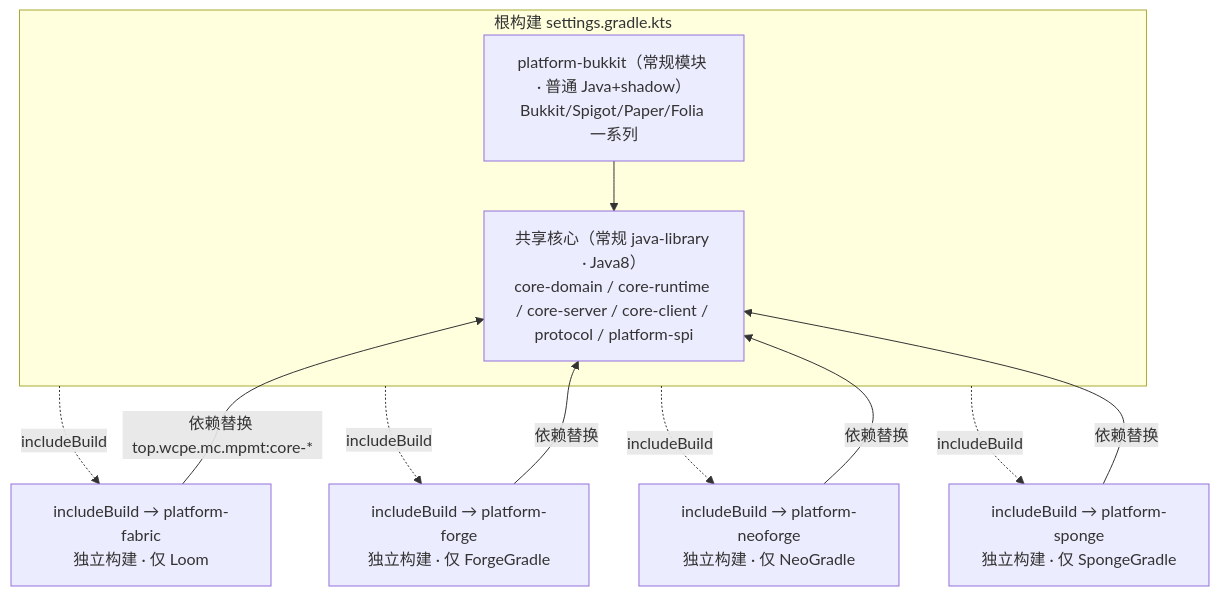
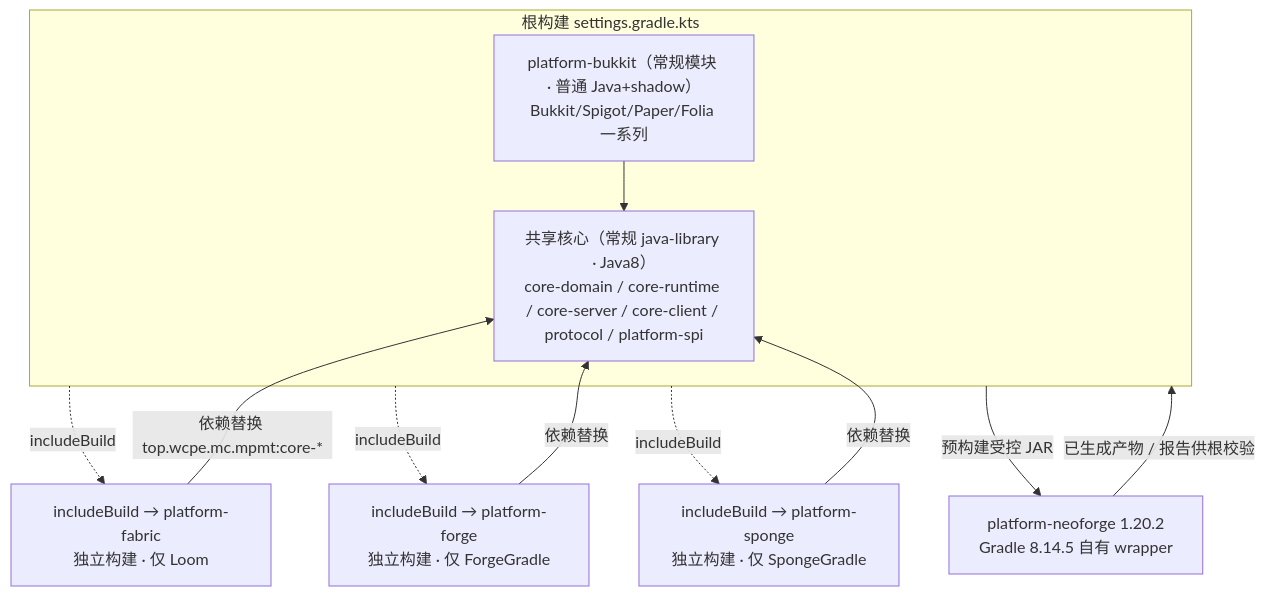
One commit to wcpe/MultiPlatformModTemplate changed the fourth of 4 diagrams in docs/ARCHITECTURE.md. Above: the diagram before and after it, drawn with Mermaid. The commit also changed other lines of this file and 12 other files, not shown here.

````diff
--- a/docs/ARCHITECTURE.md
+++ b/docs/ARCHITECTURE.md
@@ -173,21 +173,21 @@
 ```mermaid
 flowchart TB
     subgraph ROOT["根构建 settings.gradle.kts"]
         CORE["共享核心（常规 java-library · Java8）<br/>core-domain / core-runtime / core-server / core-client / protocol / platform-spi"]
         BUKM["platform-bukkit（常规模块 · 普通 Java+shadow）<br/>Bukkit/Spigot/Paper/Folia 一系列"]
     end
     FABB["includeBuild → platform-fabric<br/>独立构建 · 仅 Loom"]
     FORB["includeBuild → platform-forge<br/>独立构建 · 仅 ForgeGradle"]
-    NEOB["includeBuild → platform-neoforge<br/>独立构建 · 仅 NeoGradle"]
+    NEOB["platform-neoforge 1.20.2<br/>Gradle 8.14.5 自有 wrapper"]
     SPOB["includeBuild → platform-sponge<br/>独立构建 · 仅 SpongeGradle"]
 
     ROOT -. includeBuild .-> FABB
     ROOT -. includeBuild .-> FORB
-    ROOT -. includeBuild .-> NEOB
     ROOT -. includeBuild .-> SPOB
     BUKM --> CORE
     FABB -->|"依赖替换 top.wcpe.mc.mpmt:core-*"| CORE
+    ROOT -->|"预构建受控 JAR"| NEOB
+    NEOB -->|"已生成产物 / 报告供根校验"| ROOT
     FORB -->|"依赖替换"| CORE
-    NEOB -->|"依赖替换"| CORE
     SPOB -->|"依赖替换"| CORE
 ```
````
